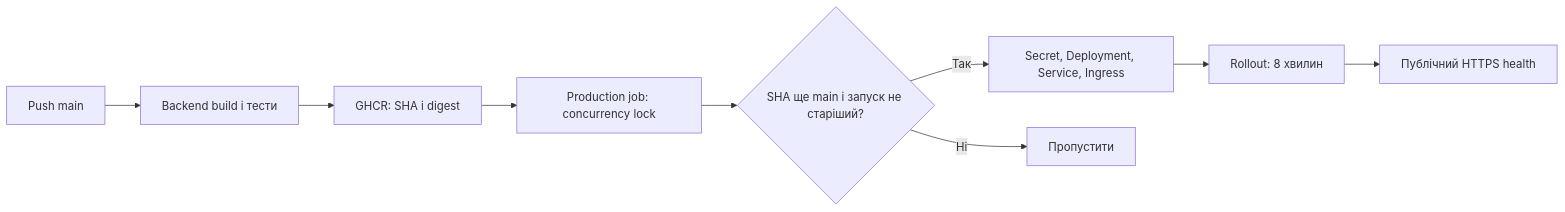
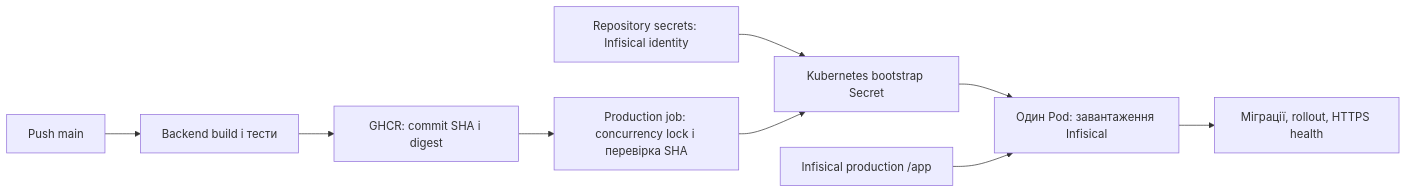
The diagram in docs/deployment.md (HeliosPersonal/constant-learning), drawn with Mermaid before and after one commit. The commit also changed other lines of this file and 14 other files, not shown here.

Commit message:
Завантажувати production-конфігурацію з Infisical за схемою Helios

````diff
--- a/docs/deployment.md
+++ b/docs/deployment.md
@@ -5,11 +7,11 @@
 ```mermaid
 flowchart LR
     M[Push main] --> T[Backend build і тести]
-    T --> I[GHCR: SHA і digest]
-    I --> G[Production job: concurrency lock]
-    G --> C{SHA ще main і запуск не старіший?}
-    C -->|Так| K[Secret, Deployment, Service, Ingress]
-    C -->|Ні| S[Пропустити]
-    K --> R[Rollout: 8 хвилин]
-    R --> H[Публічний HTTPS health]
+    T --> I[GHCR: commit SHA і digest]
+    I --> D[Production job: concurrency lock і перевірка SHA]
+    G[Repository secrets: Infisical identity] --> K[Kubernetes bootstrap Secret]
+    D --> K
+    K --> A[Один Pod: завантаження Infisical]
+    F[Infisical production /app] --> A
+    A --> R[Міграції, rollout, HTTPS health]
 ```
````
